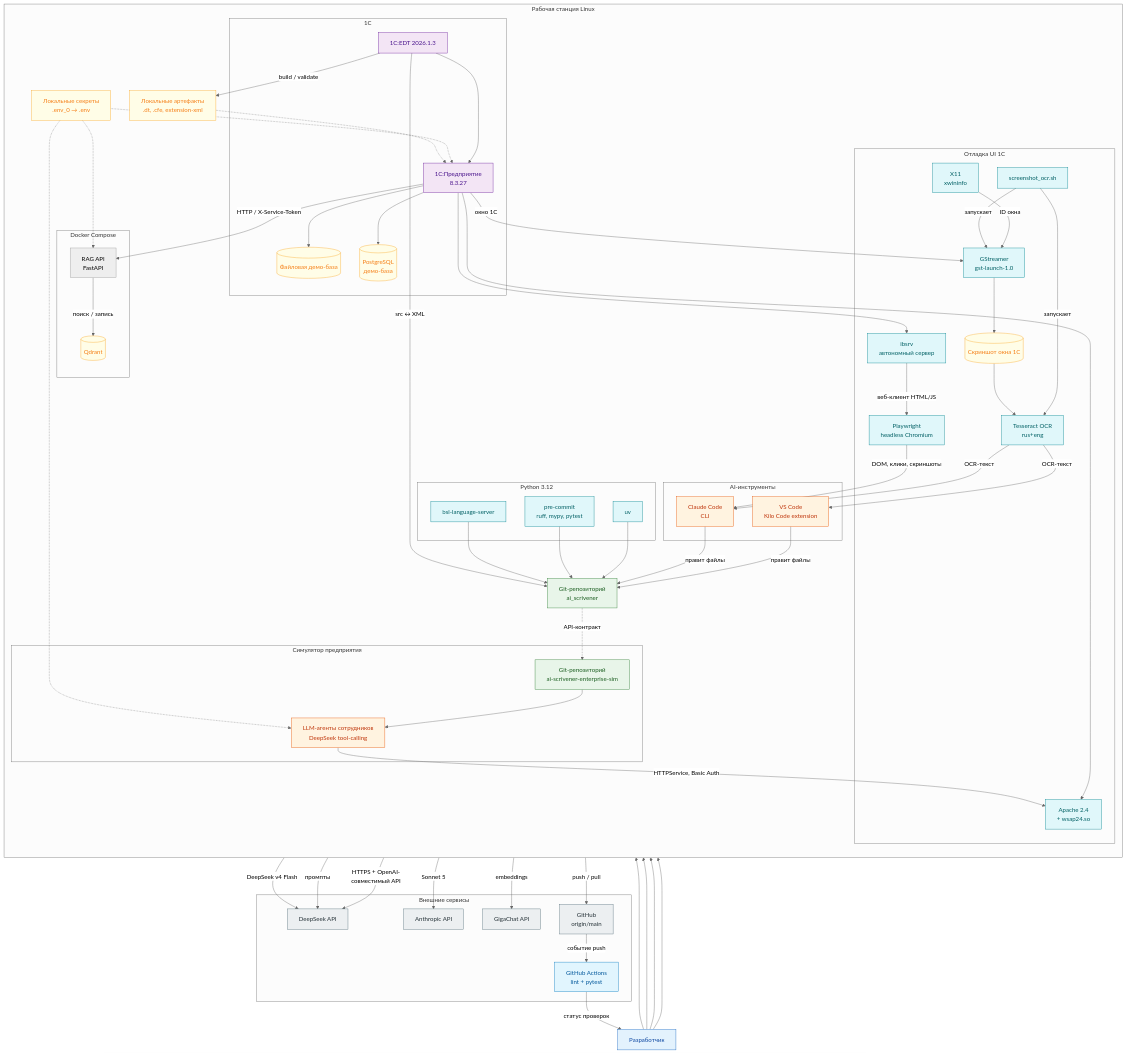
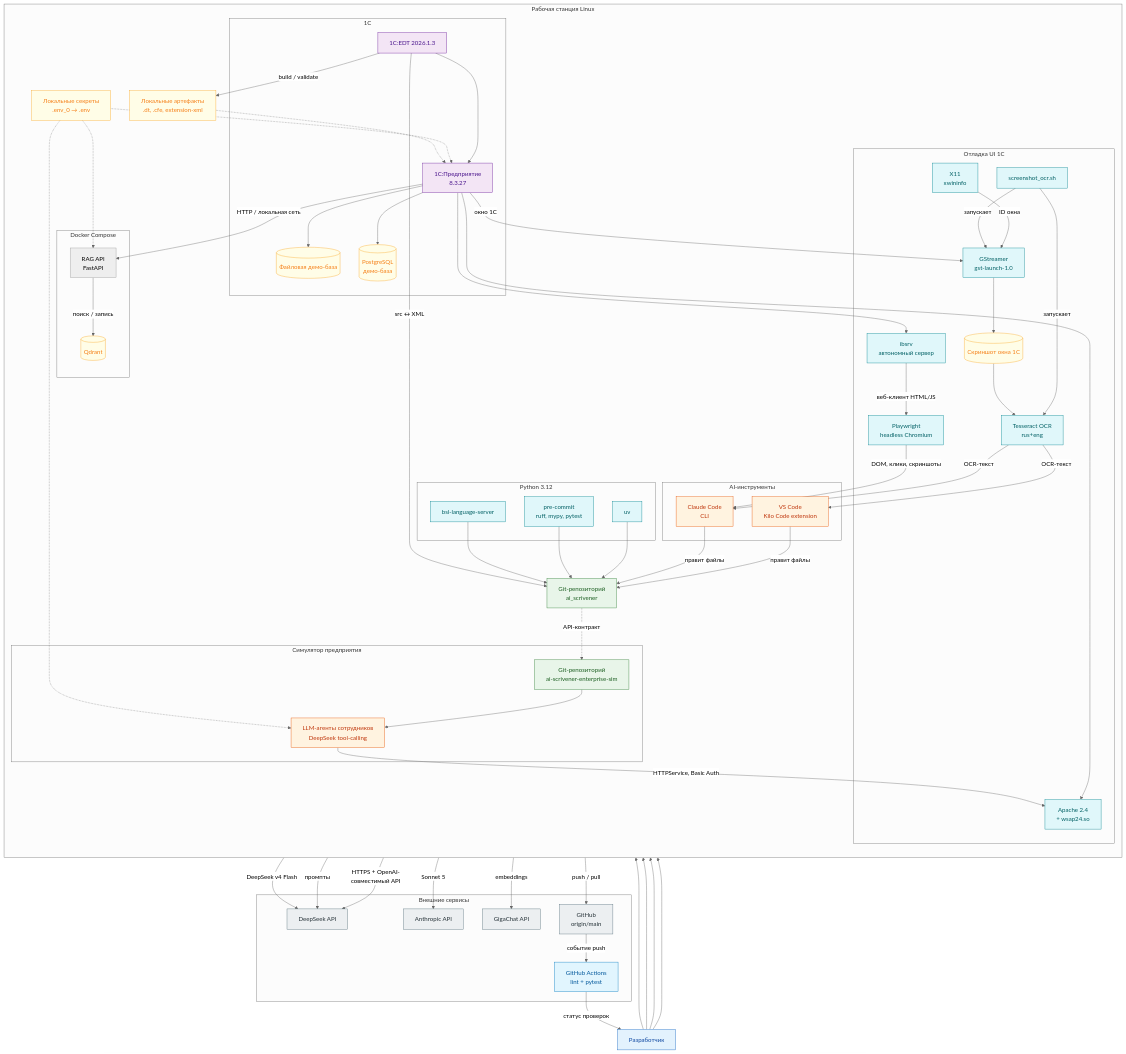
Before and after one commit to igorvolk1961/ai_scrivener: the diagram in guides/dev-environment.md, drawn with Mermaid (neutral theme). The commit also changed 29 other files, not shown here.

```diff
--- a/guides/dev-environment.md
+++ b/guides/dev-environment.md
@@ -73,7 +73,7 @@
   EDT --> PLATFORM
   PLATFORM --> FILEBASE
   PLATFORM --> PGBASE
-  PLATFORM -->|"HTTP / X-Service-Token"| RAG
+  PLATFORM -->|"HTTP / локальная сеть"| RAG
   RAG -->|"поиск / запись"| QD
   RAG -->|"embeddings"| GC
   PLATFORM -->|"окно 1С"| GST
```
